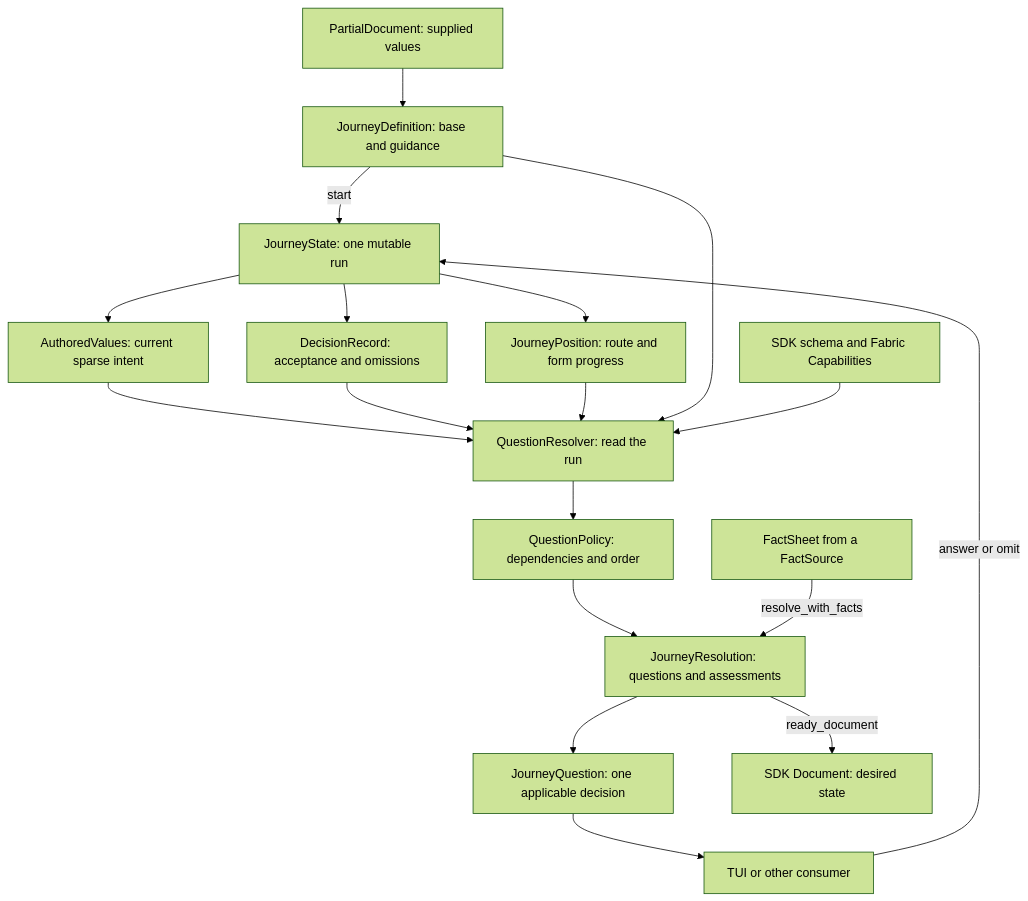
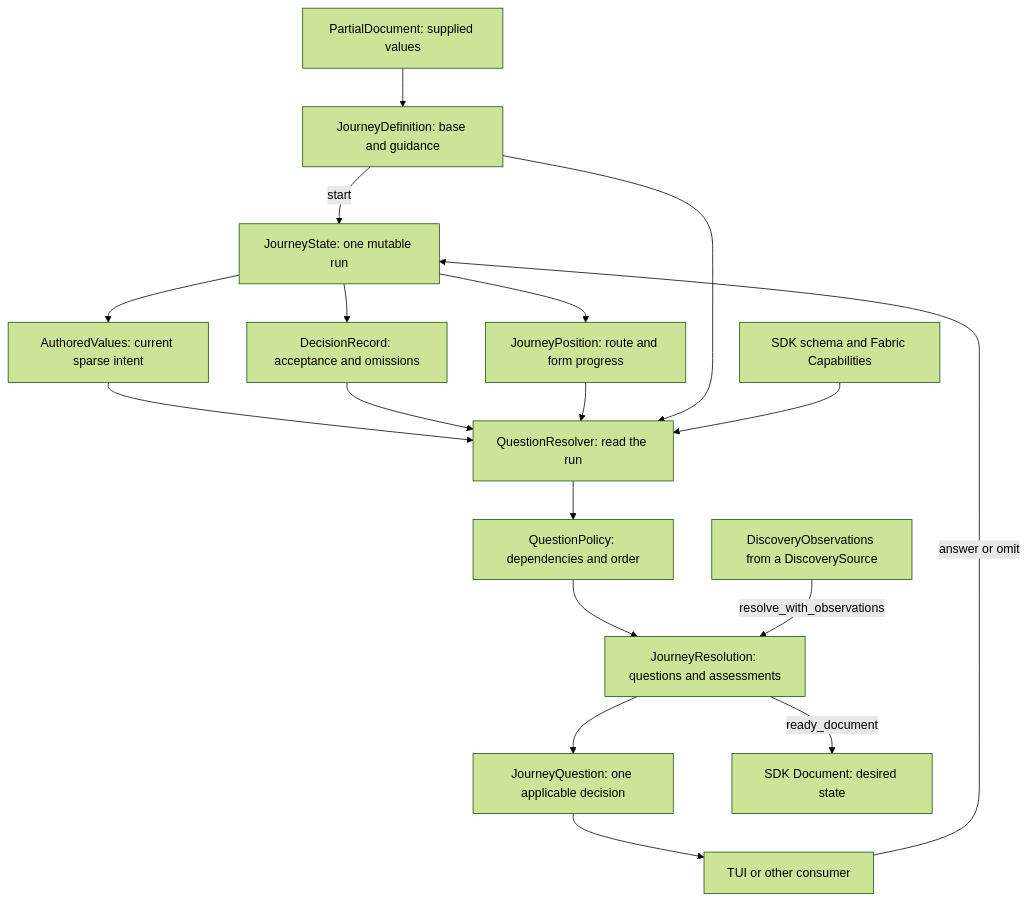
Before and after one commit to NVIDIA/NemoClaw: the diagram in docs/design/authoring-domain.md, drawn with Mermaid (forest theme). The commit also changed other lines of this file and 26 other files, not shown here.

````diff
--- a/docs/design/authoring-domain.md
+++ b/docs/design/authoring-domain.md
@@ -14,20 +14,20 @@
 ```mermaid
 flowchart TD
     Base[PartialDocument: supplied values] --> Definition[JourneyDefinition: base and guidance]
     Definition -->|start| State[JourneyState: one mutable run]
     State --> Values[AuthoredValues: current sparse intent]
     State --> Decisions[DecisionRecord: acceptance and omissions]
     State --> Position[JourneyPosition: route and form progress]
     Values --> Resolver[QuestionResolver: read the run]
     Decisions --> Resolver
     Position --> Resolver
     Definition --> Resolver
     Rules[SDK schema and Fabric Capabilities] --> Resolver
     Resolver --> Policy[QuestionPolicy: dependencies and order]
     Policy --> Result[JourneyResolution: questions and assessments]
-    Facts[FactSheet from a FactSource] -->|resolve_with_facts| Result
+    Observations[DiscoveryObservations from a DiscoverySource] -->|resolve_with_observations| Result
     Result --> Question[JourneyQuestion: one applicable decision]
     Question --> UI[TUI or other consumer]
     UI -->|answer or omit| State
     Result -->|ready_document| Document[SDK Document: desired state]
 ```
````
